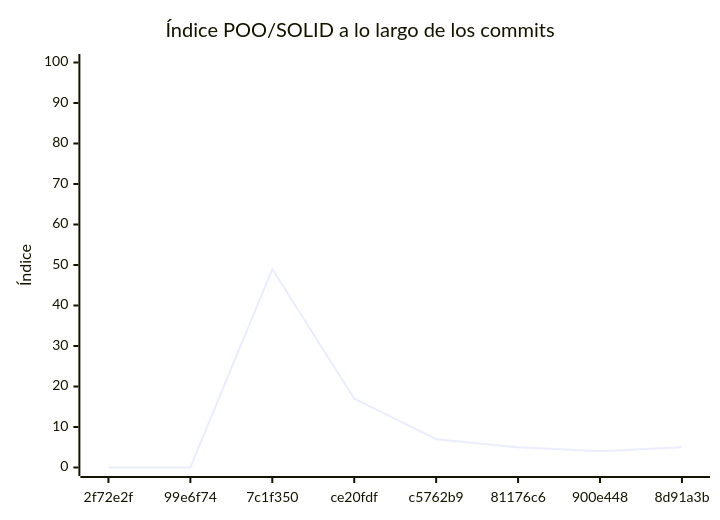
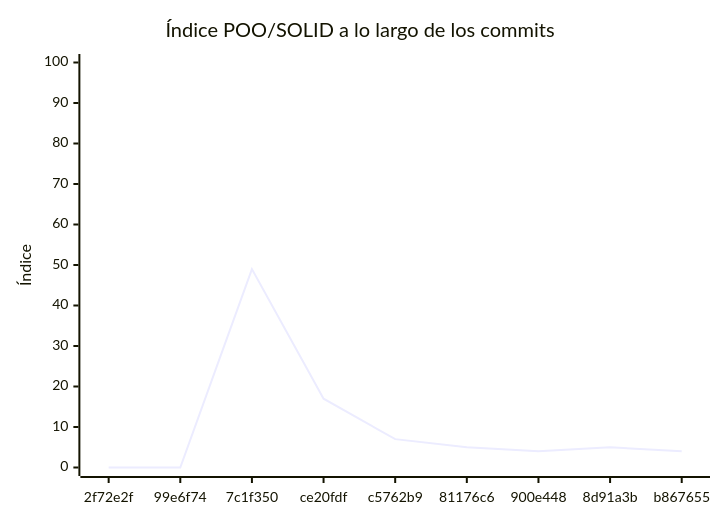
The diagram in docs/EVALUACION.md (Juli-team/Simulador-caida-libre), drawn with Mermaid before and after one commit. The commit also changed other lines of this file and 1 other file, not shown here.

````diff
--- a/docs/EVALUACION.md
+++ b/docs/EVALUACION.md
@@ -242,7 +240,7 @@
 ```mermaid
 xychart-beta
     title "Índice POO/SOLID a lo largo de los commits"
-    x-axis ["2f72e2f", "99e6f74", "7c1f350", "ce20fdf", "c5762b9", "81176c6", "900e448", "8d91a3b"]
+    x-axis ["2f72e2f", "99e6f74", "7c1f350", "ce20fdf", "c5762b9", "81176c6", "900e448", "8d91a3b", "b867655"]
     y-axis "Índice" 0 --> 100
-    line [0, 0, 49, 17, 7, 5, 4, 5]
+    line [0, 0, 49, 17, 7, 5, 4, 5, 4]
 ```
````
